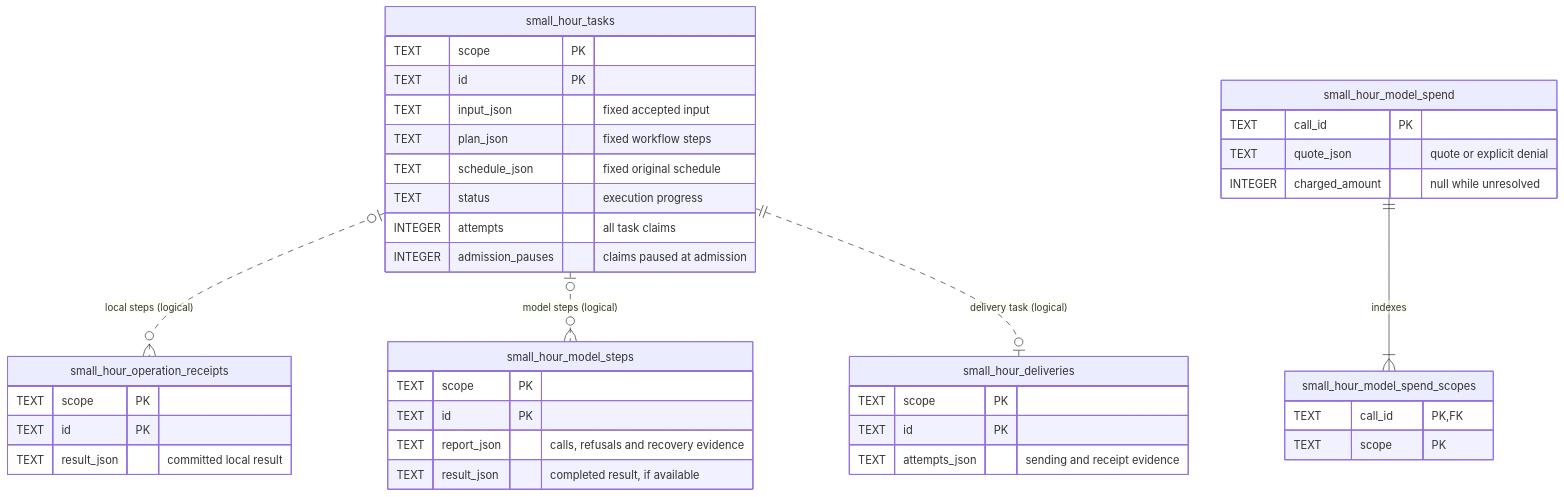
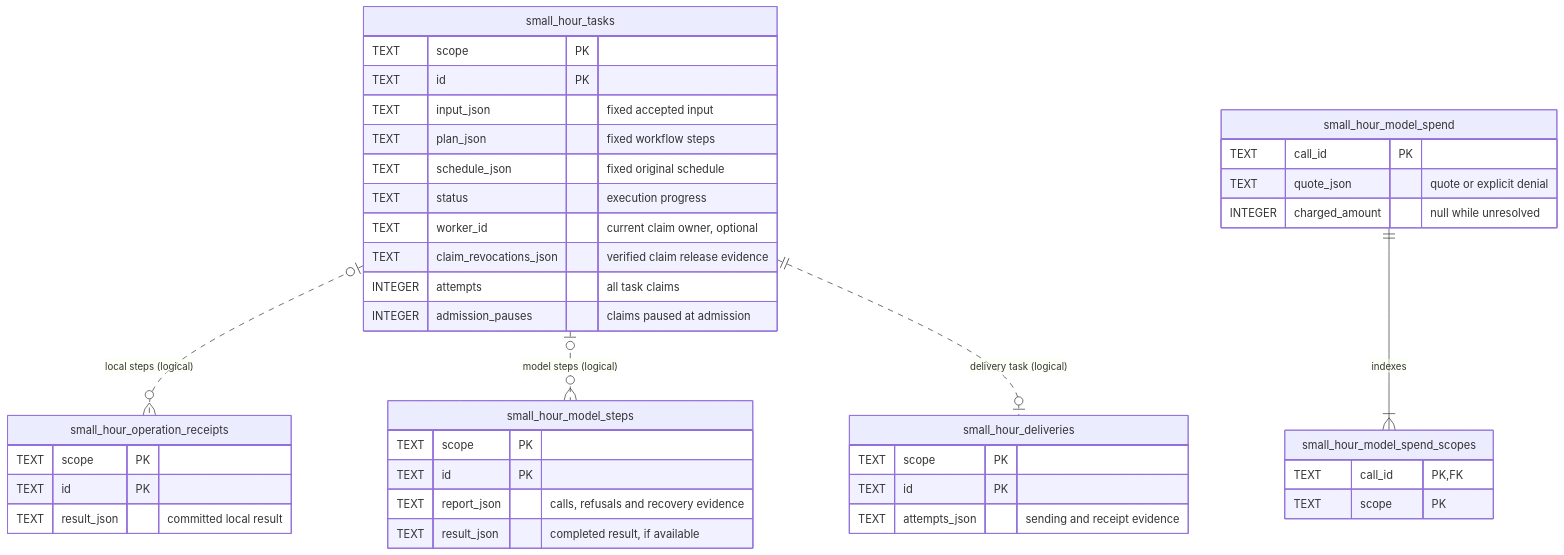
One commit to jingyufanclub/small-hour changed the diagram in docs/storage-schema.md. Above: the diagram before and after it, drawn with Mermaid. The commit also changed 9 other files, not shown here.

````diff
--- a/docs/storage-schema.md
+++ b/docs/storage-schema.md
@@ -13,44 +13,46 @@
 ```mermaid
 erDiagram
     accTitle: Small Hour's saved records
     accDescr: Tasks link to local receipts, model steps or delivery evidence. Spending memberships reference a single charge through a SQL foreign key.
     small_hour_tasks |o..o{ small_hour_operation_receipts : "local steps (logical)"
     small_hour_tasks |o..o{ small_hour_model_steps : "model steps (logical)"
     small_hour_tasks ||..o| small_hour_deliveries : "delivery task (logical)"
     small_hour_model_spend ||--|{ small_hour_model_spend_scopes : indexes
     small_hour_tasks {
         TEXT scope PK
         TEXT id PK
         TEXT input_json "fixed accepted input"
         TEXT plan_json "fixed workflow steps"
         TEXT schedule_json "fixed original schedule"
         TEXT status "execution progress"
+        TEXT worker_id "current claim owner, optional"
+        TEXT claim_revocations_json "verified claim release evidence"
         INTEGER attempts "all task claims"
         INTEGER admission_pauses "claims paused at admission"
     }
     small_hour_operation_receipts {
         TEXT scope PK
         TEXT id PK
         TEXT result_json "committed local result"
     }
     small_hour_model_steps {
         TEXT scope PK
         TEXT id PK
         TEXT report_json "calls, refusals and recovery evidence"
         TEXT result_json "completed result, if available"
     }
     small_hour_deliveries {
         TEXT scope PK
         TEXT id PK
         TEXT attempts_json "sending and receipt evidence"
     }
     small_hour_model_spend {
         TEXT call_id PK
         TEXT quote_json "quote or explicit denial"
         INTEGER charged_amount "null while unresolved"
     }
     small_hour_model_spend_scopes {
         TEXT call_id PK,FK
         TEXT scope PK
     }
 ```
````
